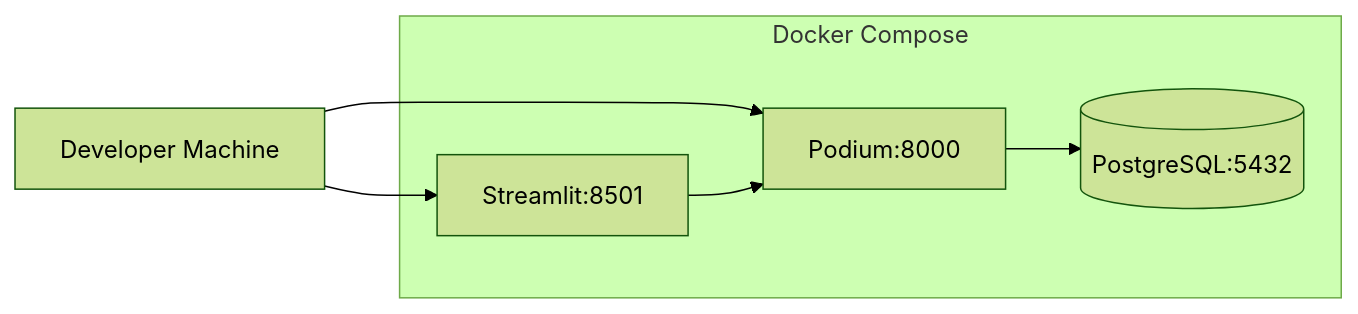
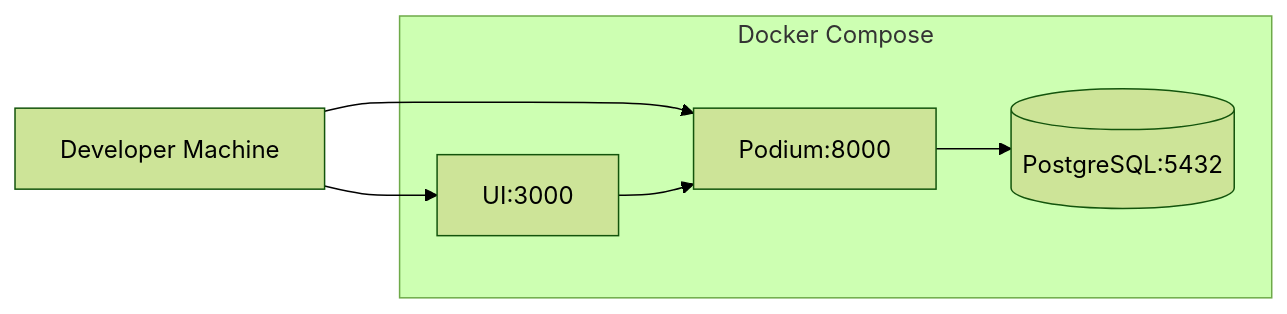
Before and after one commit to TheDataMaestros/datametronome: the sixth of 9 diagrams in docs/architecture.md, drawn with Mermaid (forest theme). The commit also changed other lines of this file and 57 other files, not shown here.

````diff
--- a/docs/architecture.md
+++ b/docs/architecture.md
@@ -431,14 +431,14 @@
 ```mermaid
 graph LR
     DEV[Developer Machine]
     subgraph "Docker Compose"
-        UI[Streamlit:8501]
+        UI[UI:3000]
         API[Podium:8000]
         DB[(PostgreSQL:5432)]
     end
     
     DEV --> UI
     DEV --> API
     UI --> API
     API --> DB
 ```
````
